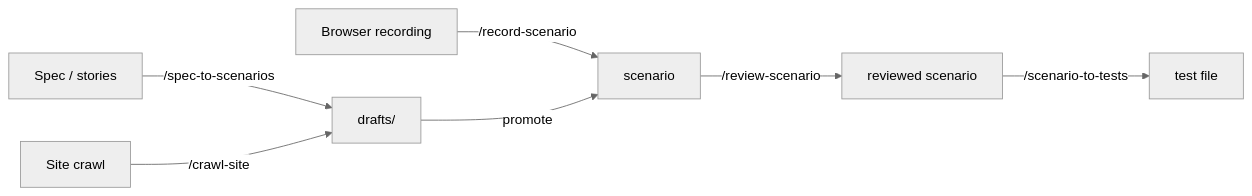
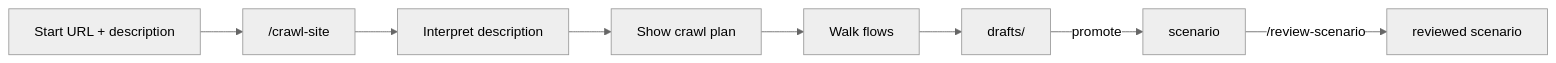
One commit to mattbobambrose/playwright-scenarios changed the fifth of 5 diagrams in website/playwright-scenarios/docs/workflow.md. Above: the diagram before and after it, drawn with Mermaid (neutral theme). The commit also changed other lines of this file and 20 other files, not shown here.

First line of the commit message:
Natural-language crawl scope, coverage dashboard, rename spec to doc (#3)

````diff
--- a/website/playwright-scenarios/docs/workflow.md
+++ b/website/playwright-scenarios/docs/workflow.md
@@ -11,9 +111,10 @@
-```mermaid
+``` mermaid
 graph LR
-    A[Spec / stories] -->|/spec-to-scenarios| D[drafts/]
-    B[Browser recording] -->|/record-scenario| E[scenario]
-    C[Site crawl] -->|/crawl-site| D
-    D -->|promote| E
-    E -->|/review-scenario| F[reviewed scenario]
-    F -->|/scenario-to-tests| G[test file]
+    A[Start URL + description] --> B["/crawl-site"]
+    B --> C[Interpret description]
+    C --> D[Show crawl plan]
+    D --> E[Walk flows]
+    E --> F["drafts/"]
+    F -->|promote| G[scenario]
+    G -->|"/review-scenario"| H[reviewed scenario]
 ```
````
